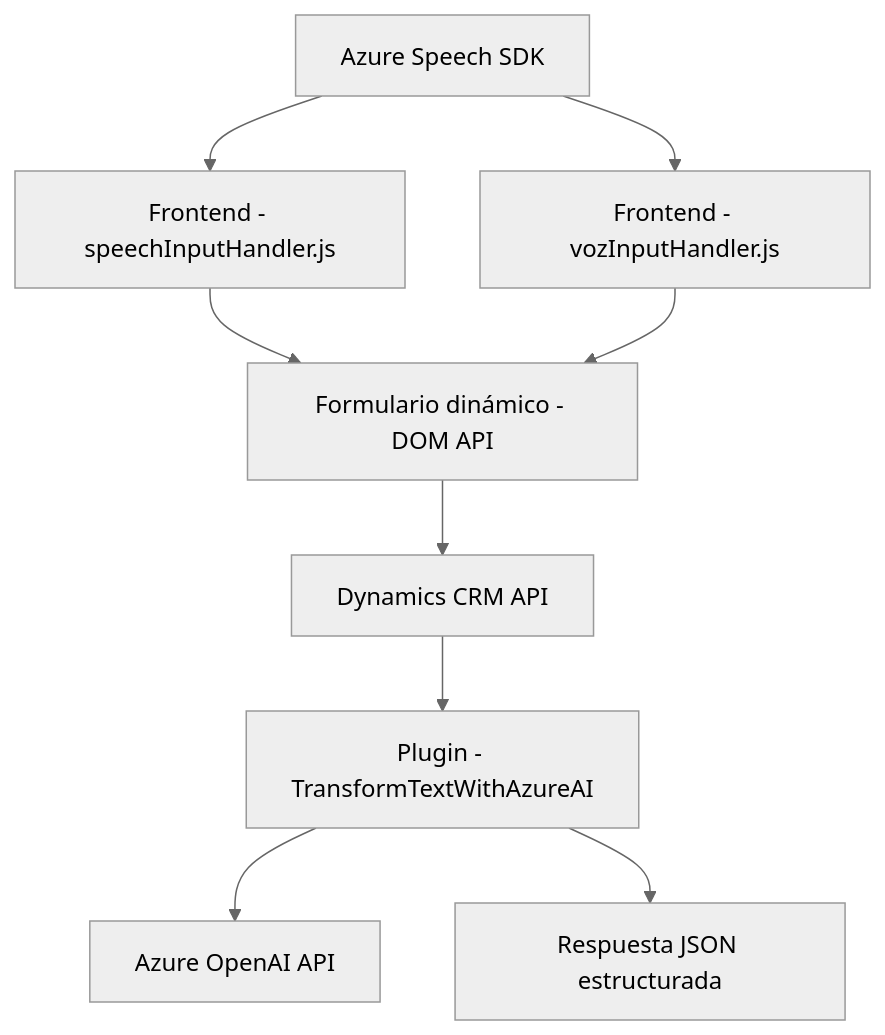
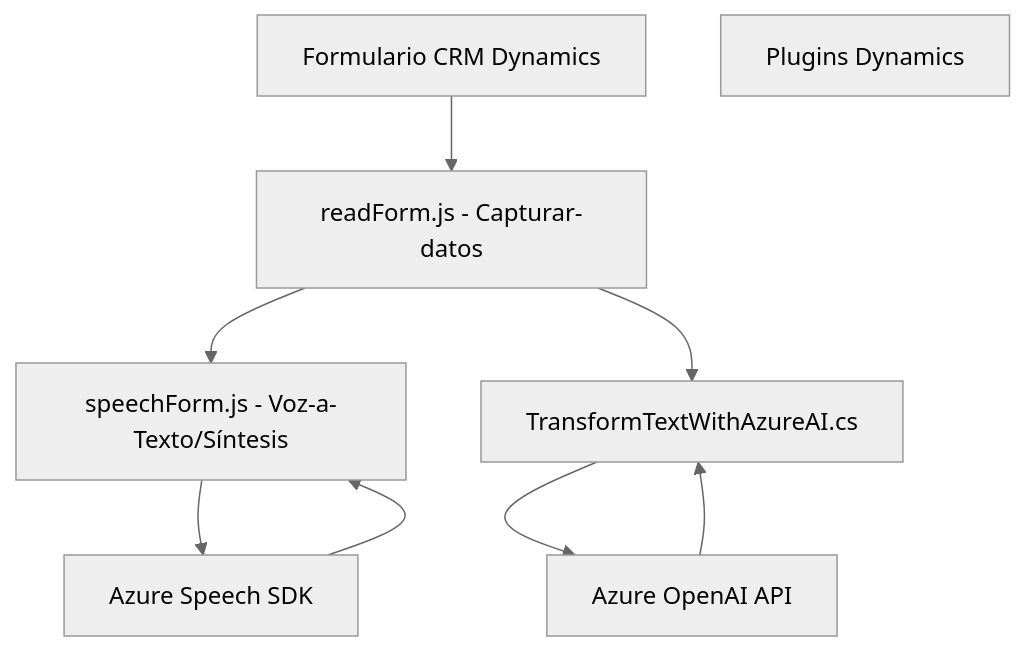
One commit to blopezdm/NETCORE_BILBAO2025 changed the diagram in README.md. Above: the diagram before and after it, drawn with Mermaid (neutral theme). The commit also changed other lines of this file, not shown here.

````diff
--- a/README.md
+++ b/README.md
@@ -25,11 +42,18 @@
 ```mermaid
 graph TD
-  A["Azure Speech SDK"] --> B["Frontend - speechInputHandler.js"]
-  A --> C["Frontend - vozInputHandler.js"]
-  B --> D["Formulario dinámico - DOM API"]
-  C --> D
-  D --> E["Dynamics CRM API"]
-  E --> F["Plugin - TransformTextWithAzureAI"]
-  F --> G["Azure OpenAI API"]
-  F --> H["Respuesta JSON estructurada"]
+    A["Formulario CRM Dynamics"]
+    B["readForm.js - Capturar-datos"]
+    C["speechForm.js - Voz-a-Texto/Síntesis"]
+    D["Azure Speech SDK"]
+    E["Plugins Dynamics"]
+    F["TransformTextWithAzureAI.cs"]
+    G["Azure OpenAI API"]
+
+    A --> B
+    B --> C
+    C --> D
+    B --> F
+    F --> G
+    D --> C
+    G --> F
 ```
````
